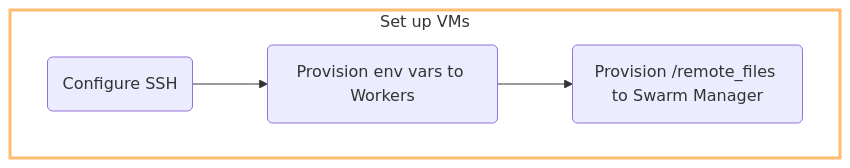
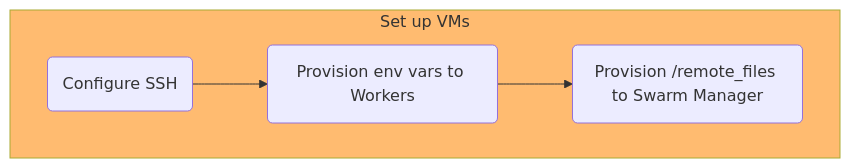
The tenth of 10 diagrams in report/report.md (DevOps-2024-group-p/maxitwit), drawn with Mermaid before and after one commit. The commit also changed other lines of this file, not shown here.

````diff
--- a/report/report.md
+++ b/report/report.md
@@ -260,9 +259,9 @@
 ```mermaid
 flowchart TB
     subgraph S["Set up VMs"]
         id0("Configure SSH")-->id1("Provision env vars to Workers")
         id1-->id2("Provision /remote_files to Swarm Manager")
     end
 
-    style S stroke:#FFBB70, stroke-width:3px, fill:#FFFFFF
+    style S fill:#FFBB70
 ```
````
